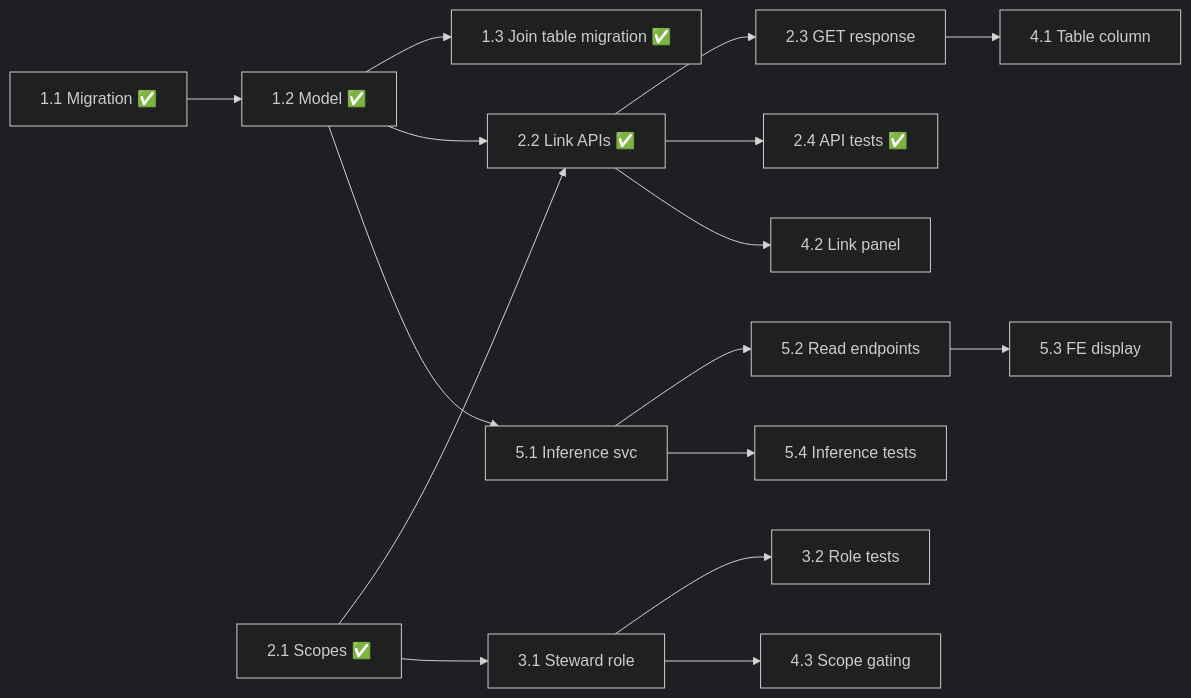
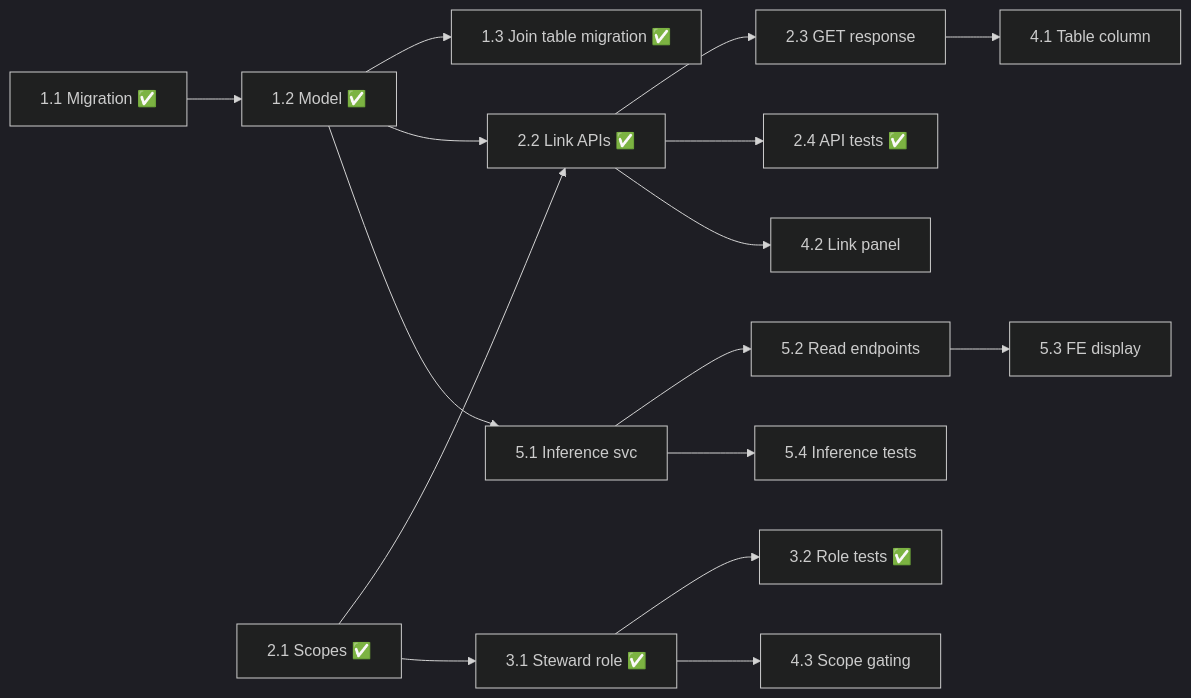
Before and after one commit to ethyca/fides: the diagram in docs/fides/docs/service/system-integration-link/01-implementation-plan.md, drawn with Mermaid (dark theme). The commit also changed other lines of this file and 2 other files, not shown here.

Commit message:
define data steward role

````diff
--- a/docs/fides/docs/service/system-integration-link/01-implementation-plan.md
+++ b/docs/fides/docs/service/system-integration-link/01-implementation-plan.md
@@ -151,18 +156,18 @@
 ```mermaid
 graph LR
     T1_1["1.1 Migration ✅"] --> T1_2["1.2 Model ✅"]
     T1_2 --> T1_3["1.3 Join table migration ✅"]
     T1_2 --> T2_2["2.2 Link APIs ✅"]
     T2_1["2.1 Scopes ✅"] --> T2_2
     T2_2 --> T2_3["2.3 GET response"]
     T2_2 --> T2_4["2.4 API tests ✅"]
-    T2_1 --> T3_1["3.1 Steward role"]
-    T3_1 --> T3_2["3.2 Role tests"]
+    T2_1 --> T3_1["3.1 Steward role ✅"]
+    T3_1 --> T3_2["3.2 Role tests ✅"]
     T2_3 --> T4_1["4.1 Table column"]
     T2_2 --> T4_2["4.2 Link panel"]
     T3_1 --> T4_3["4.3 Scope gating"]
     T1_2 --> T5_1["5.1 Inference svc"]
     T5_1 --> T5_2["5.2 Read endpoints"]
     T5_2 --> T5_3["5.3 FE display"]
     T5_1 --> T5_4["5.4 Inference tests"]
 ```
````
